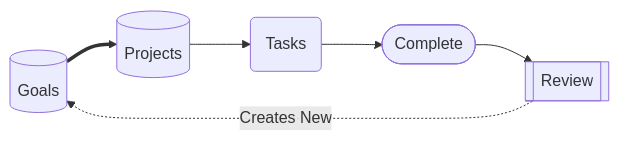
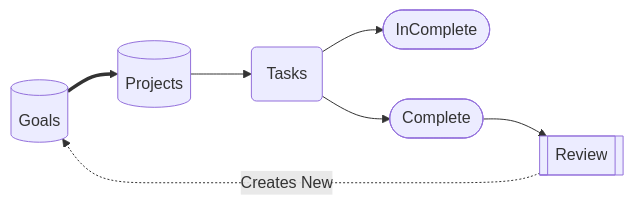
The diagram in goals.md (acatlin/mermaid), drawn with Mermaid before and after one commit.

Commit message:
Update goals.md
v12

````diff
--- a/goals.md
+++ b/goals.md
@@ -1,14 +1,15 @@
 ``` mermaid
 
 flowchart LR
 
   %% goals %%
 
   G[(Goals)] ==> P[(Projects)]
   P --> PT(Tasks)
+  PT --> IC([InComplete])
 
   PT --> C([Complete])
   C --> R[[Review]]
   R -..->|Creates New| G
 
 ```
````
